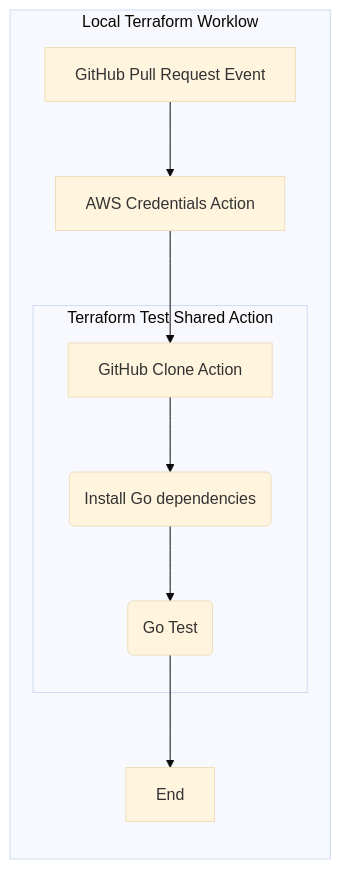
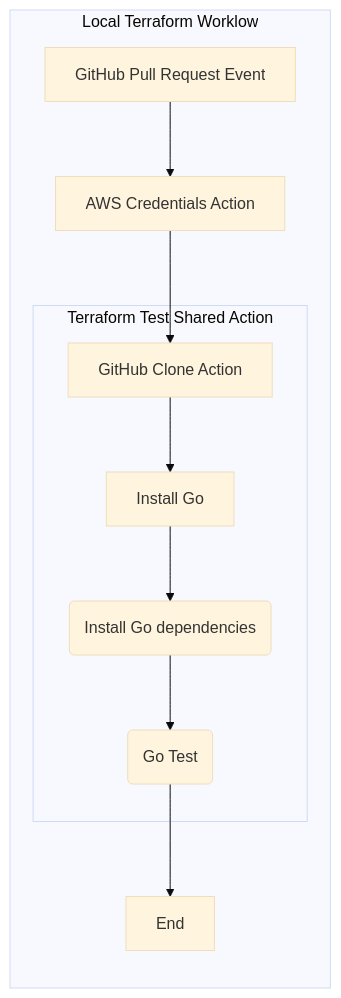
Before and after one commit to defenseunicorns/uds-common-workflows: the diagram in documents/terraform/terraform-test.md, drawn with Mermaid (base theme).

Commit message:
updating docs to reflect the go setup

````diff
--- a/documents/terraform/terraform-test.md
+++ b/documents/terraform/terraform-test.md
@@ -117,14 +117,15 @@
 ```mermaid
 flowchart LR
   subgraph "Local Terraform Worklow"
     trigger[GitHub Pull Request Event] --> aws[AWS Credentials Action]
     aws --> clone[GitHub Clone Action]
 
     subgraph "Terraform Test Shared Action"
-      clone --> tidy(Install Go dependencies)
+      clone --> goset[Install Go]
+      goset --> tidy(Install Go dependencies)
       tidy --> test(Go Test)
     end
     
     test --> endflow[End]
   end
 ```
````
